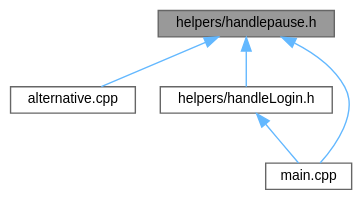
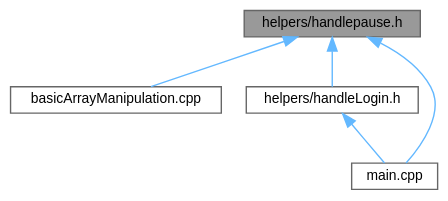
Before and after one commit to Angelo11199/compro2Final: the diagram in handlepause_8h__dep__incl.dot, drawn with Graphviz. The commit also changed 103 other files, not shown here.

```diff
--- a/handlepause_8h__dep__incl.dot
+++ b/handlepause_8h__dep__incl.dot
@@ -1,15 +1,15 @@
 digraph "helpers/handlepause.h"
 {
  // LATEX_PDF_SIZE
   bgcolor="transparent";
   edge [fontname=Helvetica,fontsize=10,labelfontname=Helvetica,labelfontsize=10];
   node [fontname=Helvetica,fontsize=10,shape=box,height=0.2,width=0.4];
   Node1 [id="Node000001",label="helpers/handlepause.h",height=0.2,width=0.4,color="gray40", fillcolor="grey60", style="filled", fontcolor="black",tooltip=" "];
   Node1 -> Node2 [id="edge1_Node000001_Node000002",dir="back",color="steelblue1",style="solid",tooltip=" "];
-  Node2 [id="Node000002",label="alternative.cpp",height=0.2,width=0.4,color="grey40", fillcolor="white", style="filled",URL="$alternative_8cpp.html",tooltip=" "];
+  Node2 [id="Node000002",label="basicArrayManipulation.cpp",height=0.2,width=0.4,color="grey40", fillcolor="white", style="filled",URL="$basic_array_manipulation_8cpp.html",tooltip=" "];
   Node1 -> Node3 [id="edge2_Node000001_Node000003",dir="back",color="steelblue1",style="solid",tooltip=" "];
   Node3 [id="Node000003",label="helpers/handleLogin.h",height=0.2,width=0.4,color="grey40", fillcolor="white", style="filled",URL="$handle_login_8h.html",tooltip=" "];
   Node3 -> Node4 [id="edge3_Node000003_Node000004",dir="back",color="steelblue1",style="solid",tooltip=" "];
   Node4 [id="Node000004",label="main.cpp",height=0.2,width=0.4,color="grey40", fillcolor="white", style="filled",URL="$main_8cpp.html",tooltip=" "];
   Node1 -> Node4 [id="edge4_Node000001_Node000004",dir="back",color="steelblue1",style="solid",tooltip=" "];
 }
```
